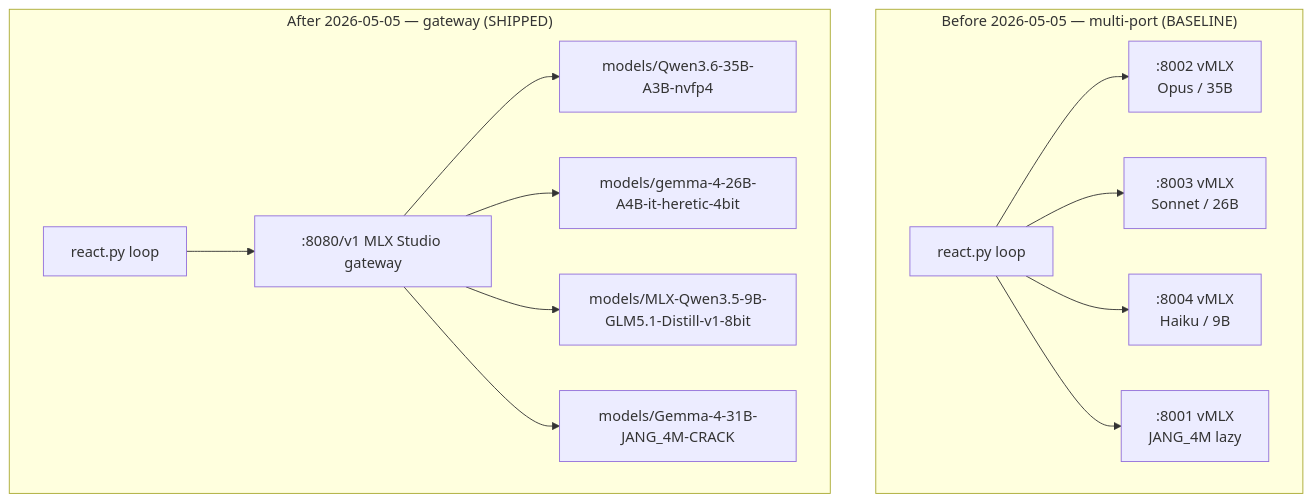
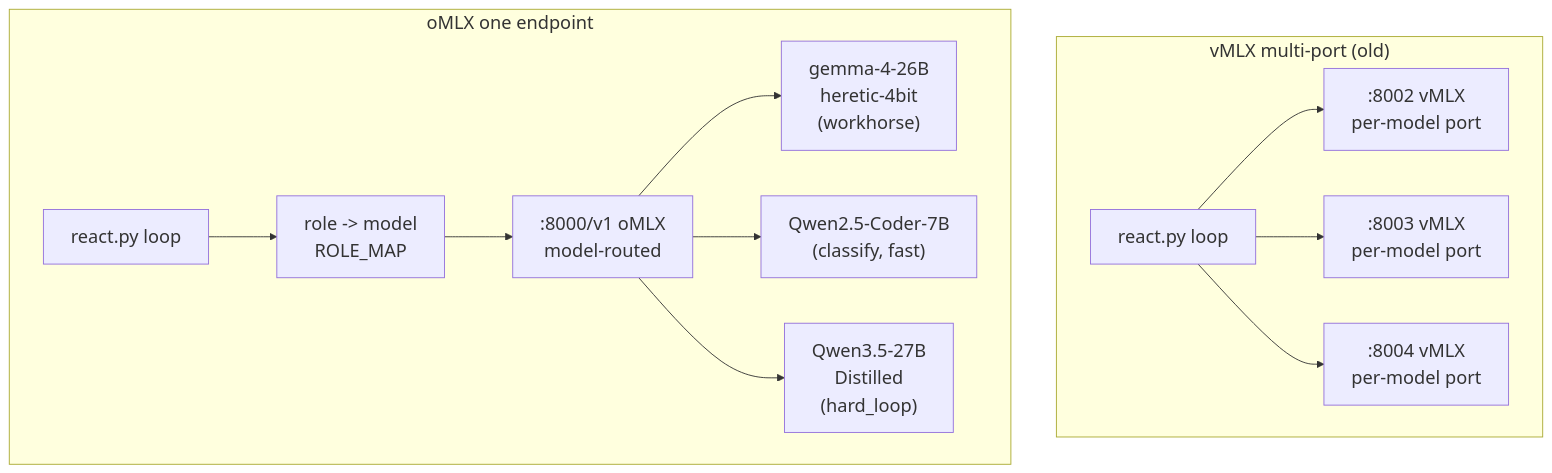
The second of 3 diagrams in Week 4 - ReAct From Scratch.md (shaneliuyx/agent-development-curriculum), drawn with Mermaid before and after one commit. The commit also changed other lines of this file and 2 other files, not shown here.

First line of the commit message:
docs(w4): re-sync ReAct chapter + journals to oMLX engine

````diff
--- a/Week 4 - ReAct From Scratch.md
+++ b/Week 4 - ReAct From Scratch.md
@@ -444,16 +450,16 @@
 ```mermaid
+%%{init: {'theme':'default', 'themeVariables': {'fontSize':'20px'}}}%%
 flowchart TD
-  subgraph BEFORE["Before 2026-05-05 — multi-port (BASELINE)"]
-    L1["react.py loop"] --> P1[":8002 vMLX<br/>Opus / 35B"]
-    L1 --> P2[":8003 vMLX<br/>Sonnet / 26B"]
-    L1 --> P3[":8004 vMLX<br/>Haiku / 9B"]
-    L1 --> P4[":8001 vMLX<br/>JANG_4M lazy"]
+  subgraph BEFORE["vMLX multi-port (old)"]
+    L1["react.py loop"] --> P1[":8002 vMLX<br/>per-model port"]
+    L1 --> P2[":8003 vMLX<br/>per-model port"]
+    L1 --> P3[":8004 vMLX<br/>per-model port"]
   end
-  subgraph AFTER["After 2026-05-05 — gateway (SHIPPED)"]
-    L2["react.py loop"] --> G[":8080/v1 MLX Studio gateway"]
-    G --> M1["models/Qwen3.6-35B-A3B-nvfp4"]
-    G --> M2["models/gemma-4-26B-A4B-it-heretic-4bit"]
-    G --> M3["models/MLX-Qwen3.5-9B-GLM5.1-Distill-v1-8bit"]
-    G --> M4["models/Gemma-4-31B-JANG_4M-CRACK"]
+  subgraph AFTER["oMLX one endpoint"]
+    L2["react.py loop"] --> R["role -> model<br/>ROLE_MAP"]
+    R --> G[":8000/v1 oMLX<br/>model-routed"]
+    G --> M1["gemma-4-26B<br/>heretic-4bit<br/>(workhorse)"]
+    G --> M2["Qwen2.5-Coder-7B<br/>(classify, fast)"]
+    G --> M3["Qwen3.5-27B<br/>Distilled<br/>(hard_loop)"]
   end
 ```
````
